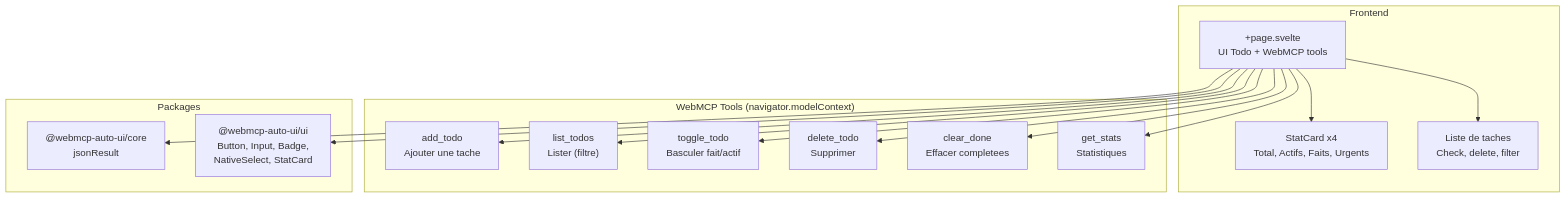
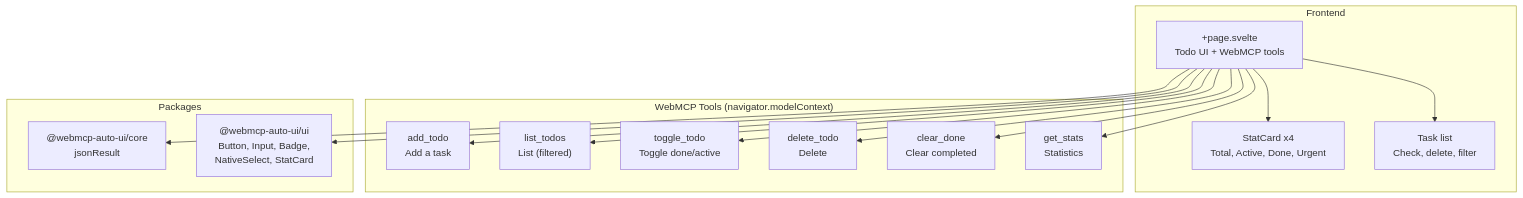
Before and after one commit to jeanbaptiste/webmcp-auto-ui: the diagram in docs/starlight/src/content/docs/apps/todo.md, drawn with Mermaid. The commit also changed other lines of this file and 94 other files, not shown here.

````diff
--- a/docs/starlight/src/content/docs/apps/todo.md
+++ b/docs/starlight/src/content/docs/apps/todo.md
@@ -37,28 +37,28 @@
 ```mermaid
 graph TD
     subgraph Frontend
-        Page["+page.svelte<br/>UI Todo + WebMCP tools"]
-        StatCards["StatCard x4<br/>Total, Actifs, Faits, Urgents"]
-        TodoList["Liste de taches<br/>Check, delete, filter"]
+        Page["+page.svelte<br/>Todo UI + WebMCP tools"]
+        StatCards["StatCard x4<br/>Total, Active, Done, Urgent"]
+        TodoList["Task list<br/>Check, delete, filter"]
     end
 
     subgraph "WebMCP Tools (navigator.modelContext)"
-        T1["add_todo<br/>Ajouter une tache"]
-        T2["list_todos<br/>Lister (filtre)"]
-        T3["toggle_todo<br/>Basculer fait/actif"]
-        T4["delete_todo<br/>Supprimer"]
-        T5["clear_done<br/>Effacer completees"]
-        T6["get_stats<br/>Statistiques"]
+        T1["add_todo<br/>Add a task"]
+        T2["list_todos<br/>List (filtered)"]
+        T3["toggle_todo<br/>Toggle done/active"]
+        T4["delete_todo<br/>Delete"]
+        T5["clear_done<br/>Clear completed"]
+        T6["get_stats<br/>Statistics"]
     end
 
     subgraph Packages
         Core["@webmcp-auto-ui/core<br/>jsonResult"]
         UI["@webmcp-auto-ui/ui<br/>Button, Input, Badge,<br/>NativeSelect, StatCard"]
     end
 
     Page --> StatCards
     Page --> TodoList
     Page --> T1 & T2 & T3 & T4 & T5 & T6
     Page --> Core
     Page --> UI
 ```
````
